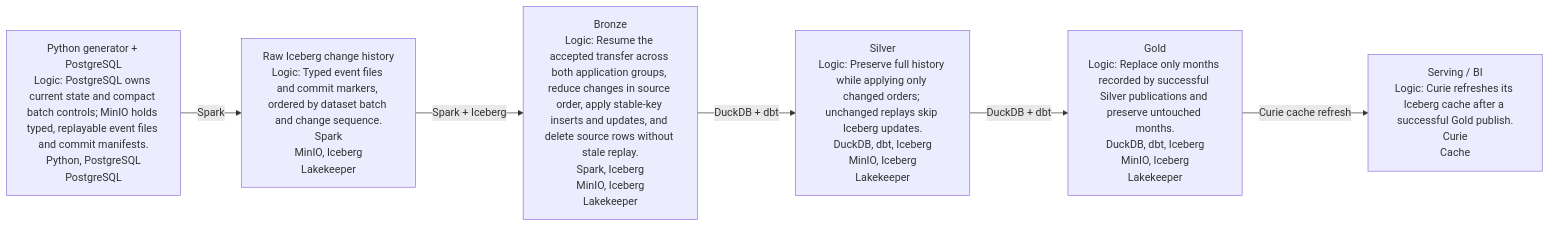
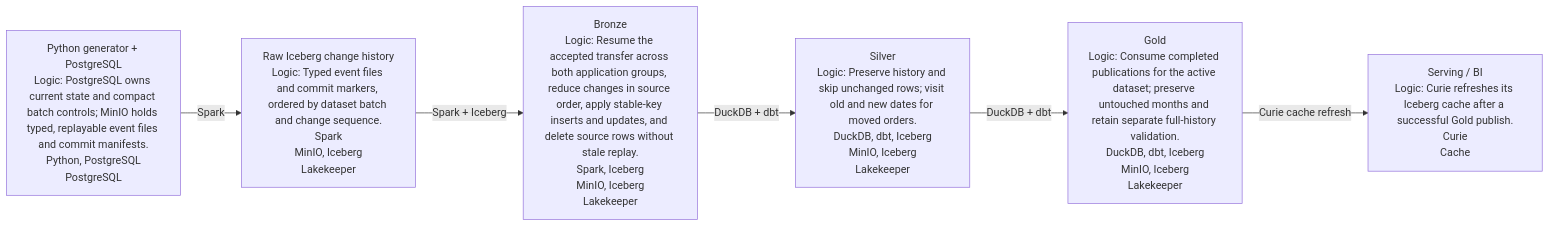
One commit to AntonMiniazev/ampere_project changed the diagram in docs/dataflow/diagrams/project_dataflow.mmd. Above: the diagram before and after it, drawn with Mermaid. The commit also changed 41 other files, not shown here.

```diff
--- a/docs/dataflow/diagrams/project_dataflow.mmd
+++ b/docs/dataflow/diagrams/project_dataflow.mmd
@@ -1,13 +1,13 @@
 flowchart LR
     L_SOURCE["Python generator + PostgreSQL<br/>Logic: PostgreSQL owns current state and compact batch controls; MinIO holds typed, replayable event files and commit manifests.<br/>Python, PostgreSQL<br/>PostgreSQL"]
     L_RAW["Raw Iceberg change history<br/>Logic: Typed event files and commit markers, ordered by dataset batch and change sequence.<br/>Spark<br/>MinIO, Iceberg<br/>Lakekeeper"]
     L_BRONZE["Bronze<br/>Logic: Resume the accepted transfer across both application groups, reduce changes in source order, apply stable-key inserts and updates, and delete source rows without stale replay.<br/>Spark, Iceberg<br/>MinIO, Iceberg<br/>Lakekeeper"]
-    L_SILVER["Silver<br/>Logic: Preserve full history while applying only changed orders; unchanged replays skip Iceberg updates.<br/>DuckDB, dbt, Iceberg<br/>MinIO, Iceberg<br/>Lakekeeper"]
-    L_GOLD["Gold<br/>Logic: Replace only months recorded by successful Silver publications and preserve untouched months.<br/>DuckDB, dbt, Iceberg<br/>MinIO, Iceberg<br/>Lakekeeper"]
+    L_SILVER["Silver<br/>Logic: Preserve history and skip unchanged rows; visit old and new dates for moved orders.<br/>DuckDB, dbt, Iceberg<br/>MinIO, Iceberg<br/>Lakekeeper"]
+    L_GOLD["Gold<br/>Logic: Consume completed publications for the active dataset; preserve untouched months and retain separate full-history validation.<br/>DuckDB, dbt, Iceberg<br/>MinIO, Iceberg<br/>Lakekeeper"]
     L_SERVING["Serving / BI<br/>Logic: Curie refreshes its Iceberg cache after a successful Gold publish.<br/>Curie<br/>Cache"]
 
     L_SOURCE -->|"Spark"| L_RAW
     L_RAW -->|"Spark + Iceberg"| L_BRONZE
     L_BRONZE -->|"DuckDB + dbt"| L_SILVER
     L_SILVER -->|"DuckDB + dbt"| L_GOLD
     L_GOLD -->|"Curie cache refresh"| L_SERVING
```
